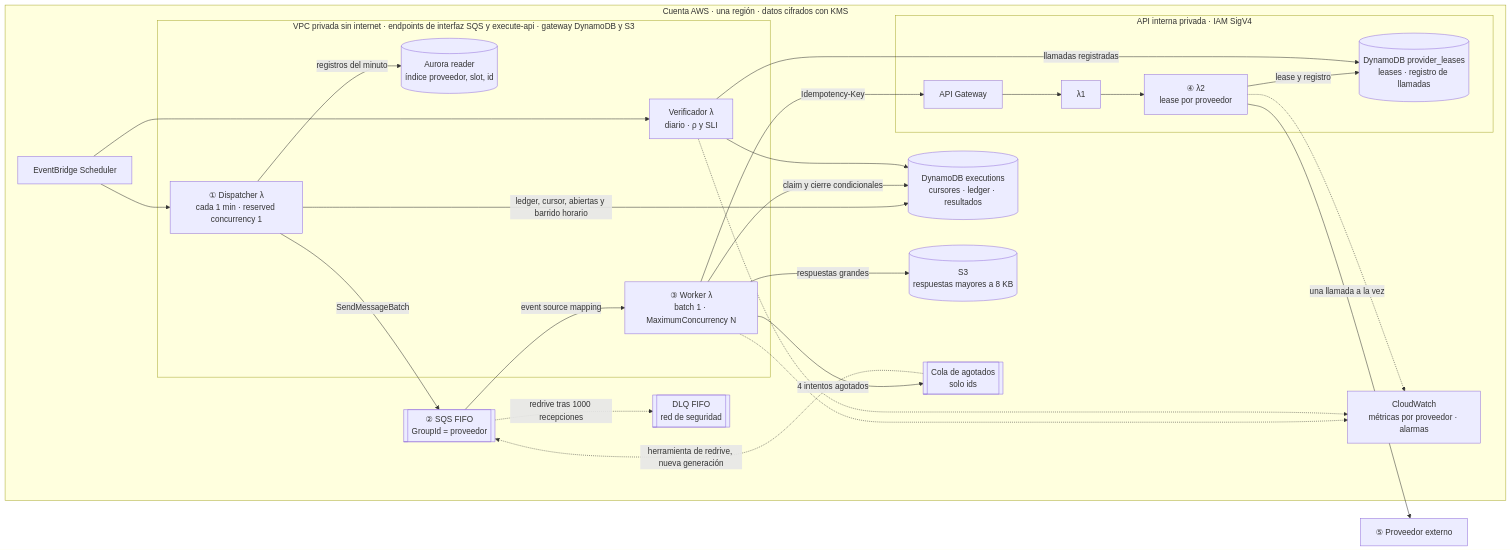
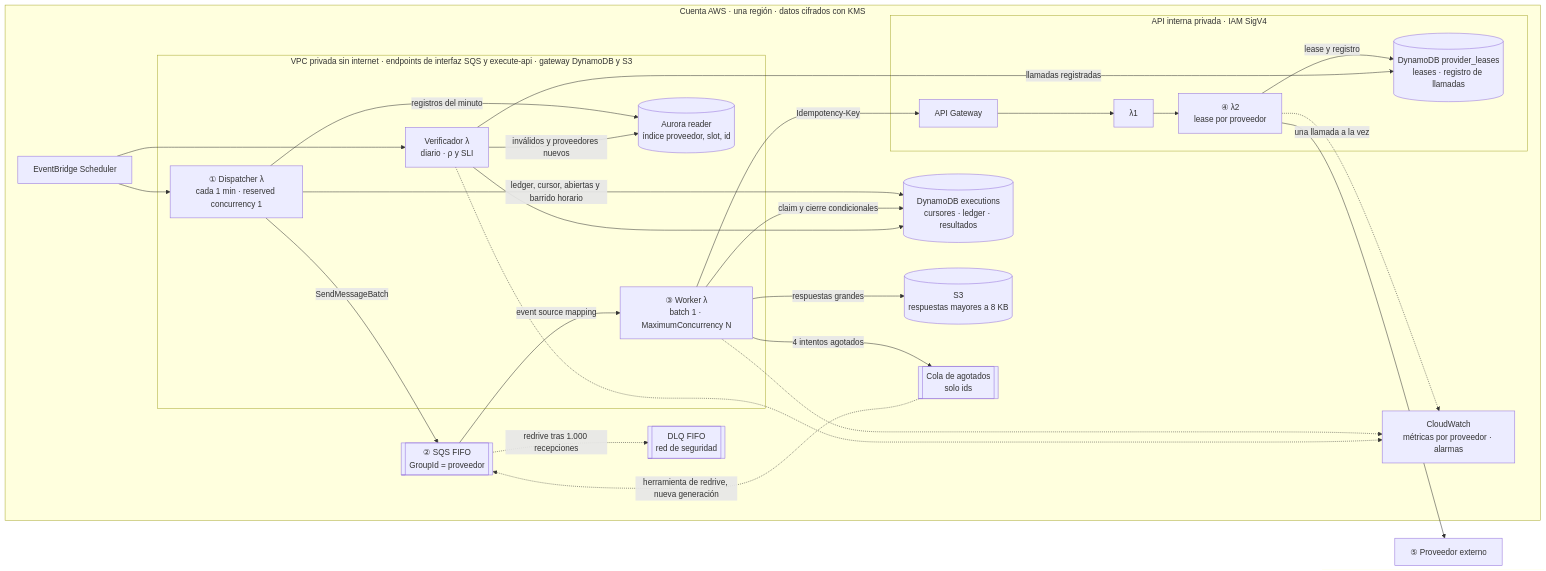
One commit to bautigonzalez/tapi changed the first of 4 diagrams in docs/ARQUITECTURA.md. Above: the diagram before and after it, drawn with Mermaid. The commit also changed other lines of this file, not shown here.

````diff
--- a/docs/ARQUITECTURA.md
+++ b/docs/ARQUITECTURA.md
@@ -72,43 +73,44 @@
 ```mermaid
 flowchart LR
   subgraph AWS["Cuenta AWS · una región · datos cifrados con KMS"]
     SCH["EventBridge Scheduler"]
     subgraph VPC["VPC privada sin internet · endpoints de interfaz SQS y execute-api · gateway DynamoDB y S3"]
       DISP["① Dispatcher λ<br/>cada 1 min · reserved concurrency 1"]
       WRK["③ Worker λ<br/>batch 1 · MaximumConcurrency N"]
       VER["Verificador λ<br/>diario · ρ y SLI"]
       RDB[("Aurora reader<br/>índice proveedor, slot, id")]
     end
     DDB[("DynamoDB executions<br/>cursores · ledger · resultados")]
     S3[("S3<br/>respuestas mayores a 8 KB")]
     FIFO[["② SQS FIFO<br/>GroupId = proveedor"]]
     EXH[["Cola de agotados<br/>solo ids"]]
     DLQ[["DLQ FIFO<br/>red de seguridad"]]
     subgraph API["API interna privada · IAM SigV4"]
       APIGW["API Gateway"] --> L1["λ1"] --> L2["④ λ2<br/>lease por proveedor"]
       LEASE[("DynamoDB provider_leases<br/>leases · registro de llamadas")]
     end
     CW["CloudWatch<br/>métricas por proveedor · alarmas"]
   end
   PROV["⑤ Proveedor externo"]
 
   SCH --> DISP
   SCH --> VER
   DISP -->|registros del minuto| RDB
   DISP -->|ledger, cursor, abiertas y barrido horario| DDB
   DISP -->|SendMessageBatch| FIFO
   FIFO -->|event source mapping| WRK
-  FIFO -.->|redrive tras 1000 recepciones| DLQ
+  FIFO -.->|redrive tras 1.000 recepciones| DLQ
   WRK -->|claim y cierre condicionales| DDB
   WRK -->|respuestas grandes| S3
   WRK -->|4 intentos agotados| EXH
   EXH -.->|herramienta de redrive, nueva generación| FIFO
   WRK -->|Idempotency-Key| APIGW
   L2 -->|lease y registro| LEASE
   L2 -->|una llamada a la vez| PROV
   VER -->|llamadas registradas| LEASE
   VER --> DDB
+  VER -->|inválidos y proveedores nuevos| RDB
   WRK -.-> CW
   L2 -.-> CW
   VER -.-> CW
 ```
````
